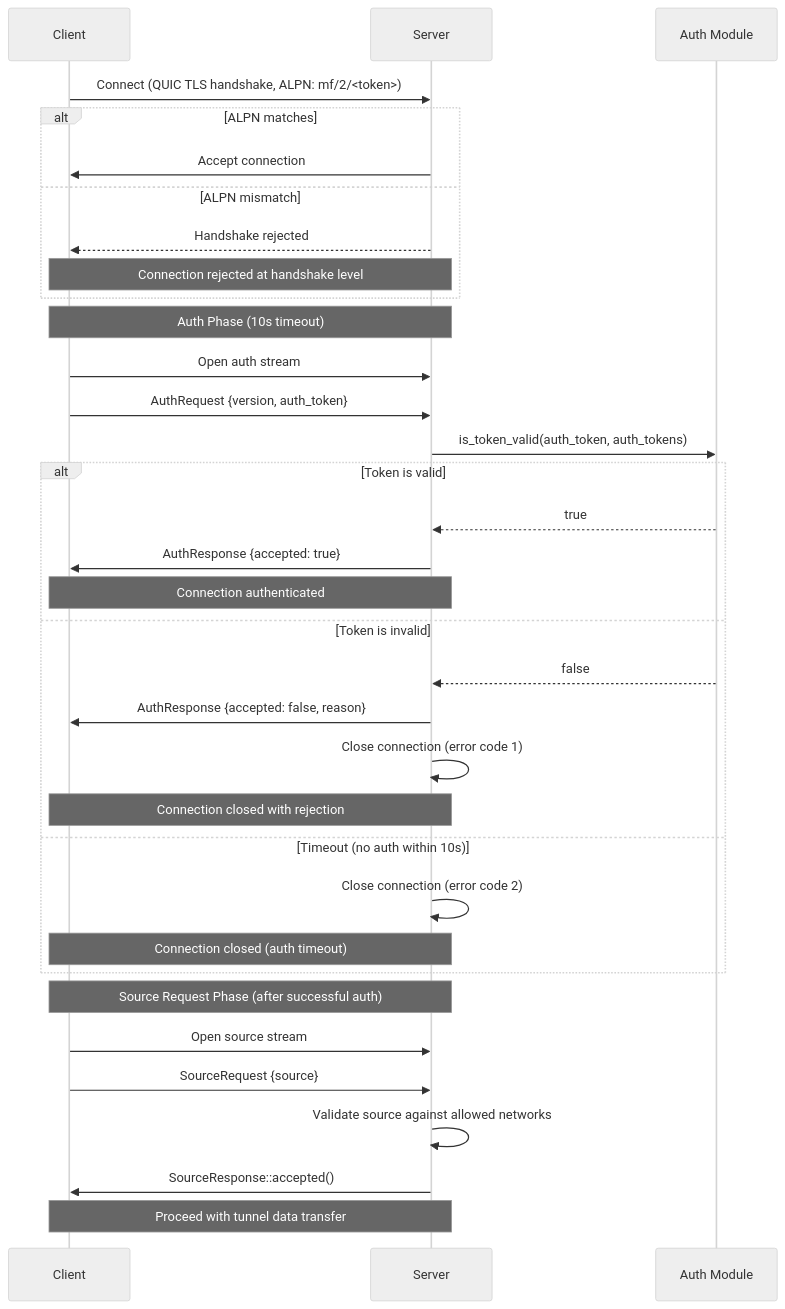
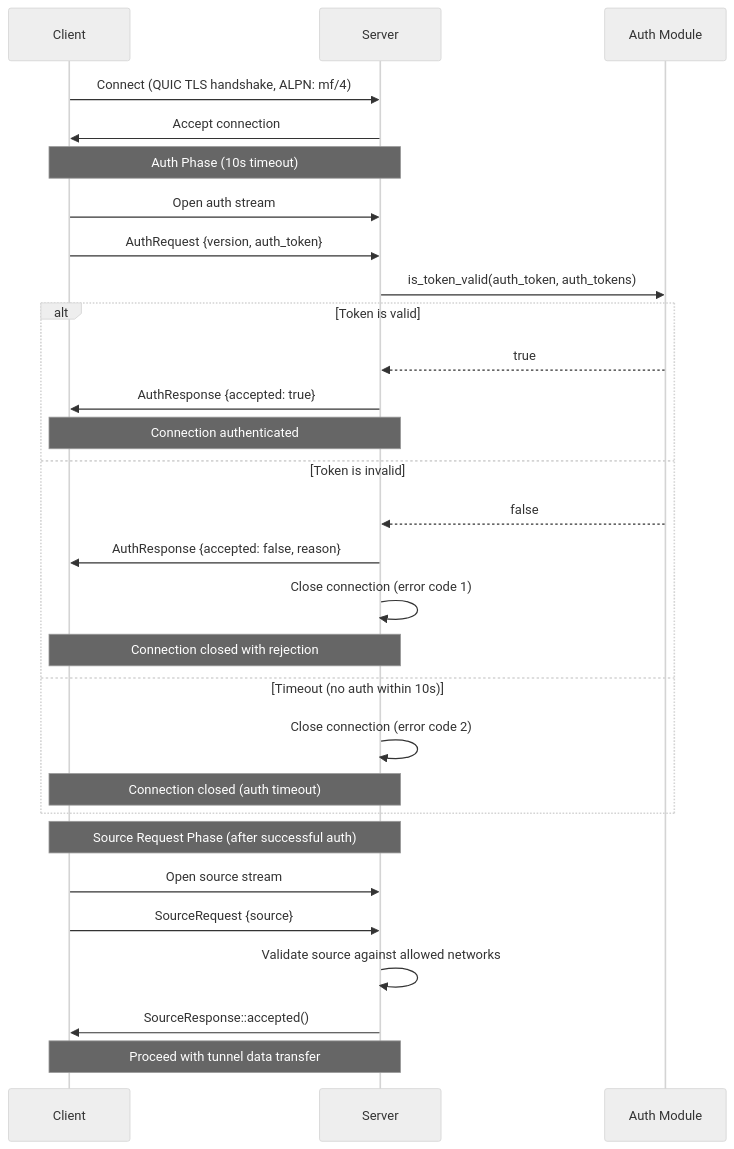
Before and after one commit to andrewtheguy/tunnel-rs: diagram 15 of 22 in docs/ARCHITECTURE.md, drawn with Mermaid (neutral theme). The commit also changed other lines of this file and 12 other files, not shown here.

````diff
--- a/docs/ARCHITECTURE.md
+++ b/docs/ARCHITECTURE.md
@@ -576,39 +562,34 @@
 ```mermaid
 sequenceDiagram
     participant C as Client
     participant S as Server
     participant A as Auth Module
 
-    C->>S: Connect (QUIC TLS handshake, ALPN: mf/2/<token>)
-    alt ALPN matches
-        S->>C: Accept connection
-    else ALPN mismatch
-        S-->>C: Handshake rejected
-        Note over S,C: Connection rejected at handshake level
-    end
+    C->>S: Connect (QUIC TLS handshake, ALPN: mf/4)
+    S->>C: Accept connection
 
     Note over C,S: Auth Phase (10s timeout)
     C->>S: Open auth stream
     C->>S: AuthRequest {version, auth_token}
     S->>A: is_token_valid(auth_token, auth_tokens)
     alt Token is valid
         A-->>S: true
         S->>C: AuthResponse {accepted: true}
         Note over S,C: Connection authenticated
     else Token is invalid
         A-->>S: false
         S->>C: AuthResponse {accepted: false, reason}
         S->>S: Close connection (error code 1)
         Note over S,C: Connection closed with rejection
     else Timeout (no auth within 10s)
         S->>S: Close connection (error code 2)
         Note over S,C: Connection closed (auth timeout)
     end
 
     Note over C,S: Source Request Phase (after successful auth)
     C->>S: Open source stream
     C->>S: SourceRequest {source}
     S->>S: Validate source against allowed networks
     S->>C: SourceResponse::accepted()
     Note over S,C: Proceed with tunnel data transfer
 ```
````
